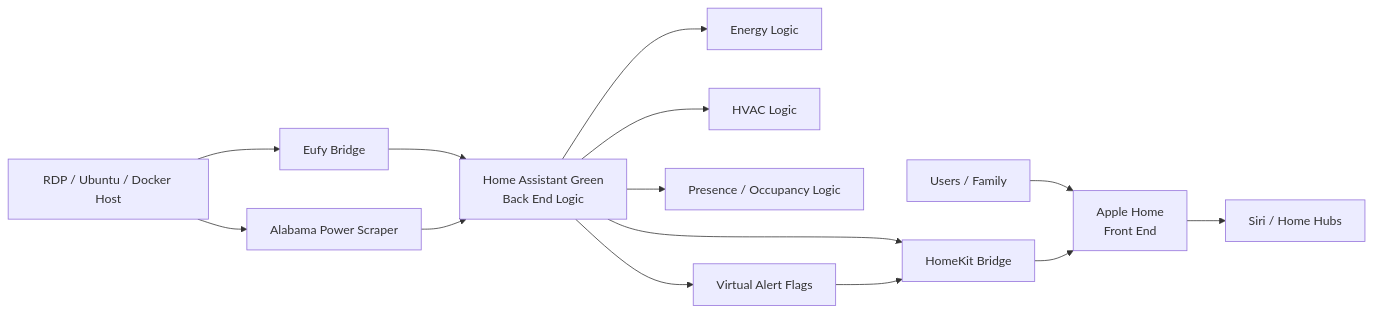
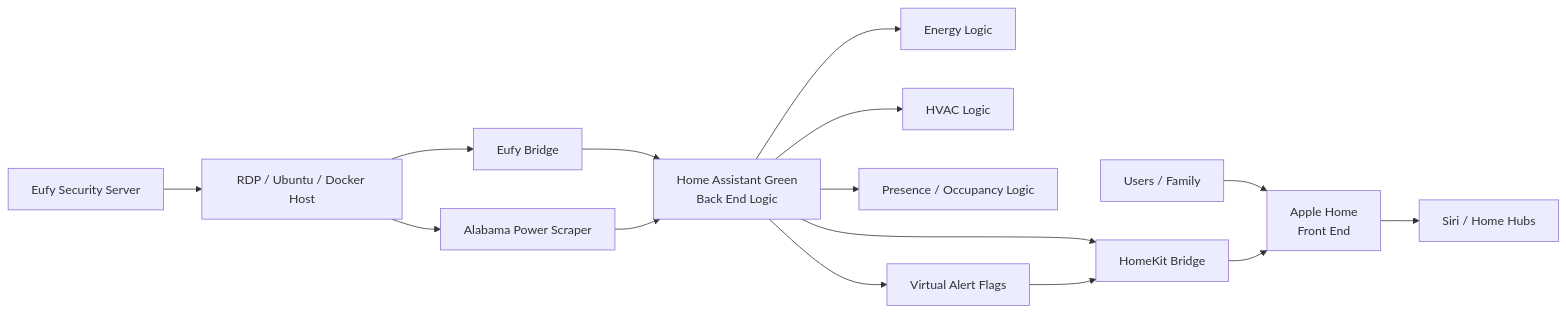
The diagram in README.md (VicDubose/Smart-Home-Infrastructure), drawn with Mermaid before and after one commit.

Commit message:
Reorganize Eufy and RDP connections in README
adding last server

````diff
--- a/README.md
+++ b/README.md
@@ -174,21 +174,28 @@
 ```mermaid
 flowchart LR
     USERS[Users / Family] --> AH[Apple Home<br/>Front End]
     AH --> SIRI[Siri / Home Hubs]
 
     HA[Home Assistant Green<br/>Back End Logic] --> HK[HomeKit Bridge]
     HK --> AH
 
-    RDP[RDP / Ubuntu / Docker Host] --> EUFYBRIDGE[Eufy Bridge]
-    RDP --> APSCRAPER[Alabama Power Scraper]
+    EUFYSERVER[Eufy Security Server]
+    RDP[RDP / Ubuntu / Docker Host]
+    EUFYBRIDGE[Eufy Bridge]
 
+    APSCRAPER[Alabama Power Scraper]
+
+    EUFYSERVER --> RDP
+    RDP --> EUFYBRIDGE
     EUFYBRIDGE --> HA
+
+    RDP --> APSCRAPER
     APSCRAPER --> HA
 
     HA --> ENERGY[Energy Logic]
     HA --> HVAC[HVAC Logic]
     HA --> PRESENCE[Presence / Occupancy Logic]
     HA --> ALERTS[Virtual Alert Flags]
 
     ALERTS --> HK
 ```
````
